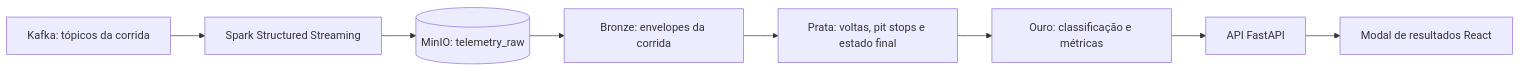
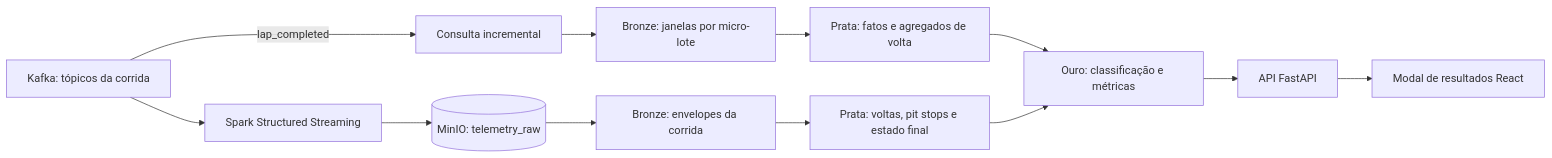
The diagram in docs/execplan-medalhao.md (faelk8/lab_race_stream), drawn with Mermaid before and after one commit. The commit also changed other lines of this file and 13 other files, not shown here.

````diff
--- a/docs/execplan-medalhao.md
+++ b/docs/execplan-medalhao.md
@@ -23,10 +25,14 @@
 ```mermaid
 flowchart LR
     K[Kafka: tópicos da corrida] --> S[Spark Structured Streaming]
     S --> R[(MinIO: telemetry_raw)]
+    K -->|lap_completed| I[Consulta incremental]
+    I --> BW[Bronze: janelas por micro-lote]
+    BW --> PI[Prata: fatos e agregados de volta]
+    PI --> O[Ouro: classificação e métricas]
     R --> B[Bronze: envelopes da corrida]
     B --> P[Prata: voltas, pit stops e estado final]
     P --> O[Ouro: classificação e métricas]
     O --> A[API FastAPI]
     A --> F[Modal de resultados React]
 ```
````
